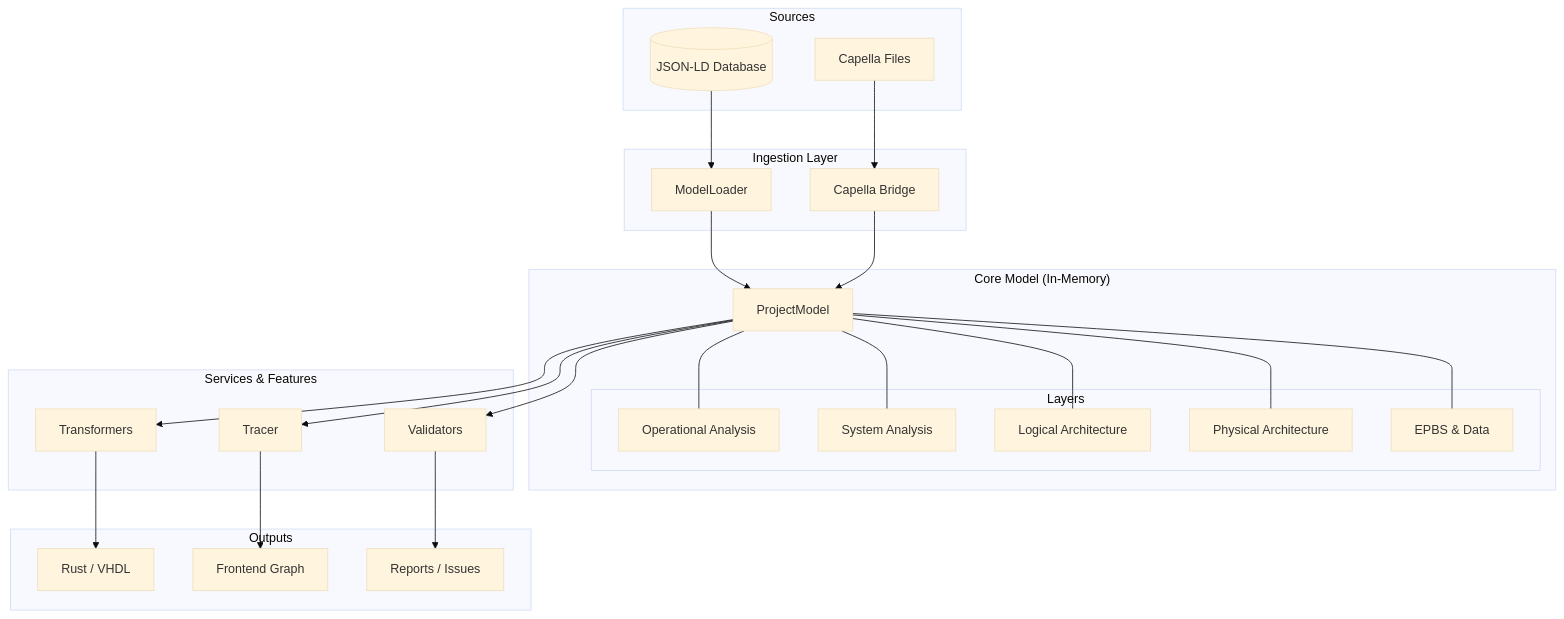
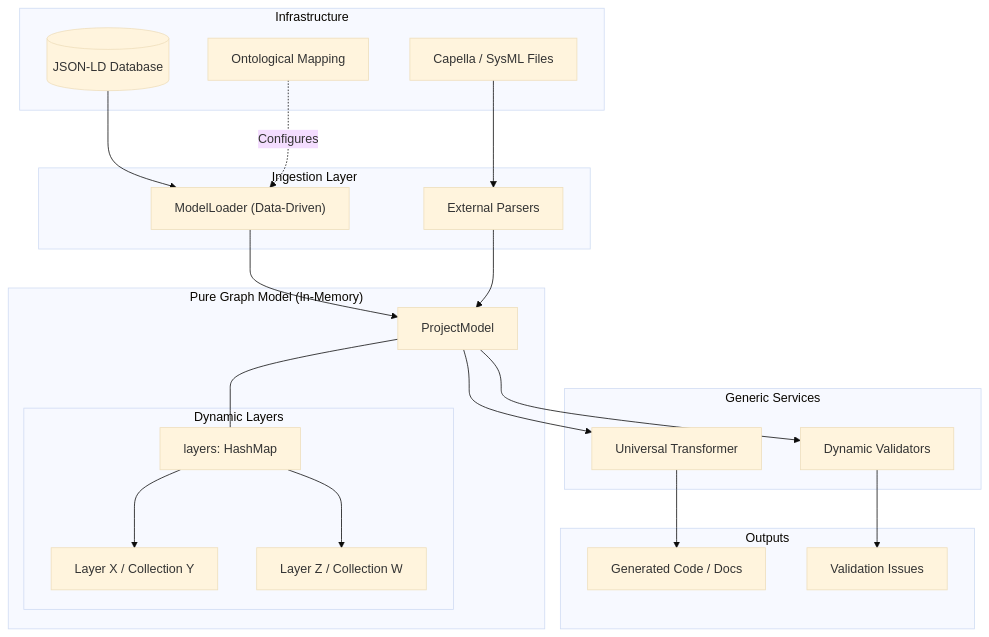
One commit to Condorcet-Continuum/raise changed the diagram in src-tauri/src/model_engine/README.md. Above: the diagram before and after it, drawn with Mermaid (base theme). The commit also changed other lines of this file and 138 other files, not shown here.

````diff
--- a/src-tauri/src/model_engine/README.md
+++ b/src-tauri/src/model_engine/README.md
@@ -11,52 +11,47 @@
 ```mermaid
 flowchart TD
-    subgraph Sources
+    subgraph Infrastructure
         DB[(JSON-LD Database)]
-        XMI[Capella Files]
+        Config[Ontological Mapping]
+        XMI[Capella / SysML Files]
     end
 
     subgraph "Ingestion Layer"
-        L[ModelLoader]
-        B[Capella Bridge]
+        L["ModelLoader (Data-Driven)"]
+        B[External Parsers]
     end
 
-    subgraph "Core Model (In-Memory)"
+    subgraph "Pure Graph Model (In-Memory)"
         PM[ProjectModel]
-
-        subgraph Layers
-            OA[Operational Analysis]
-            SA[System Analysis]
-            LA[Logical Architecture]
-            PA[Physical Architecture]
-            EPBS[EPBS & Data]
+        
+        subgraph DynamicLayers ["Dynamic Layers"]
+            Map["layers: HashMap"]
+            Map --> L1["Layer X / Collection Y"]
+            Map --> L2["Layer Z / Collection W"]
         end
     end
 
-    subgraph "Services & Features"
-        V[Validators]
-        T[Transformers]
-        Trace[Tracer]
+    subgraph "Generic Services"
+        V[Dynamic Validators]
+        T[Universal Transformer]
     end
 
     subgraph Outputs
-        Code[Rust / VHDL]
-        UI[Frontend Graph]
-        Rep[Reports / Issues]
+        Code["Generated Code / Docs"]
+        Rep[Validation Issues]
     end
 
     DB --> L
+    Config -.->|Configures| L
     XMI --> B
     L --> PM
     B --> PM
 
-    PM --- OA & SA & LA & PA & EPBS
+    PM --- Map
 
     PM --> V
     PM --> T
-    PM --> Trace
 
     V --> Rep
     T --> Code
-    Trace --> UI
-
 ```
````
